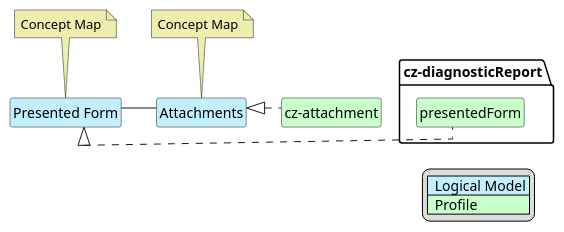
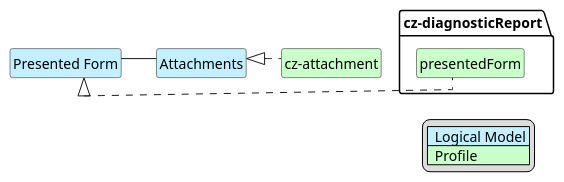
The diagram in input/images-source/imgReportAttach-map.plantuml (HL7-cz/img), drawn with PlantUML before and after one commit. The commit also changed 20 other files, not shown here.

Commit message:
delete concept maps and correction of diagnostic report according to change in eu standard

```diff
--- a/input/images-source/imgReportAttach-map.plantuml
+++ b/input/images-source/imgReportAttach-map.plantuml
@@ -1,37 +1,31 @@
 @startuml
 hide circle
 hide stereotype
 hide members
 hide methods
 skinparam linetype ortho
 skinparam class {
 BackgroundColor<<LogicalModel>> #APPLICATION
 BackgroundColor<<Profile>> #TECHNOLOGY
 }
 legend right
 | <#APPLICATION>  Logical Model |
 | <#TECHNOLOGY>  Profile |
 endlegend
 
 class "Presented Form" <<LogicalModel>> [[StructureDefinition-PresentedFormCz.html]]
-note top #EEEEAE [[ConceptMap-AttachmentImagingReport2FHIR-cz.html]]
-Concept Map
-endnote
 
 class "Attachments" <<LogicalModel>> [[StructureDefinition-AttachmentsCz.html]]
-note top #EEEEAE [[ConceptMap-AttachmentImagingReport2FHIR-cz.html]]
-Concept Map
-endnote
 
 class "cz-diagnosticReport.presentedForm" <<Profile>> [[https://build.fhir.org/ig/HL7-cz/img/StructureDefinition-cz-composition-imaging.html#acc]]
 class "cz-attachment" <<Profile>> [[https://hl7.cz/fhir/core/StructureDefinition-cz-attachment.html]]
 
 "Presented Form" -- "Attachments"
 "Presented Form" <|. "cz-diagnosticReport.presentedForm"
 "Attachments" <|. "cz-attachment"
 
 "Presented Form" -r[hidden]-> "Attachments"
 "Presented Form" -d[hidden]-> "cz-diagnosticReport.presentedForm"
 "Attachments" -d[hidden]-> "cz-attachment"
 
 @enduml
```
